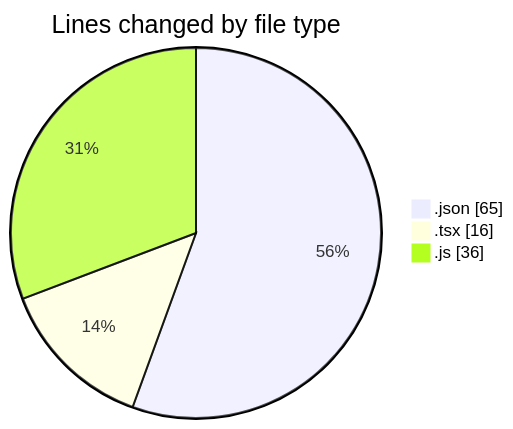
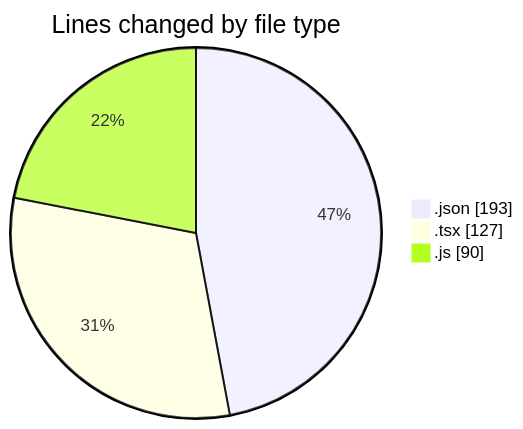
One commit to EIIisD/code-tracking changed the first of 2 diagrams in 2025-08-07/heroui/README.md. Above: the diagram before and after it, drawn with Mermaid. The commit also changed other lines of this file and 1 other file, not shown here.

````diff
--- a/2025-08-07/heroui/README.md
+++ b/2025-08-07/heroui/README.md
@@ -22,7 +23,7 @@
 ```mermaid
 pie showData
 title Lines changed by file type
-".json" : 65
-".tsx" : 16
-".js" : 36
+".json" : 193
+".tsx" : 127
+".js" : 90
 ```
````
